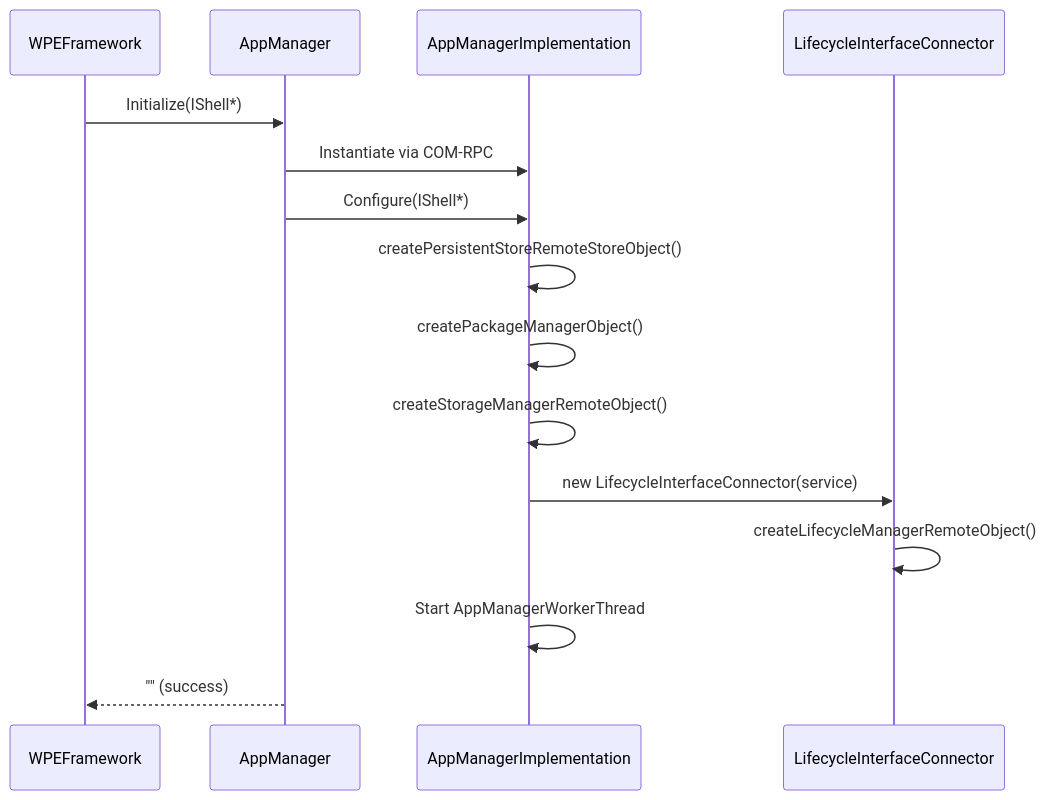
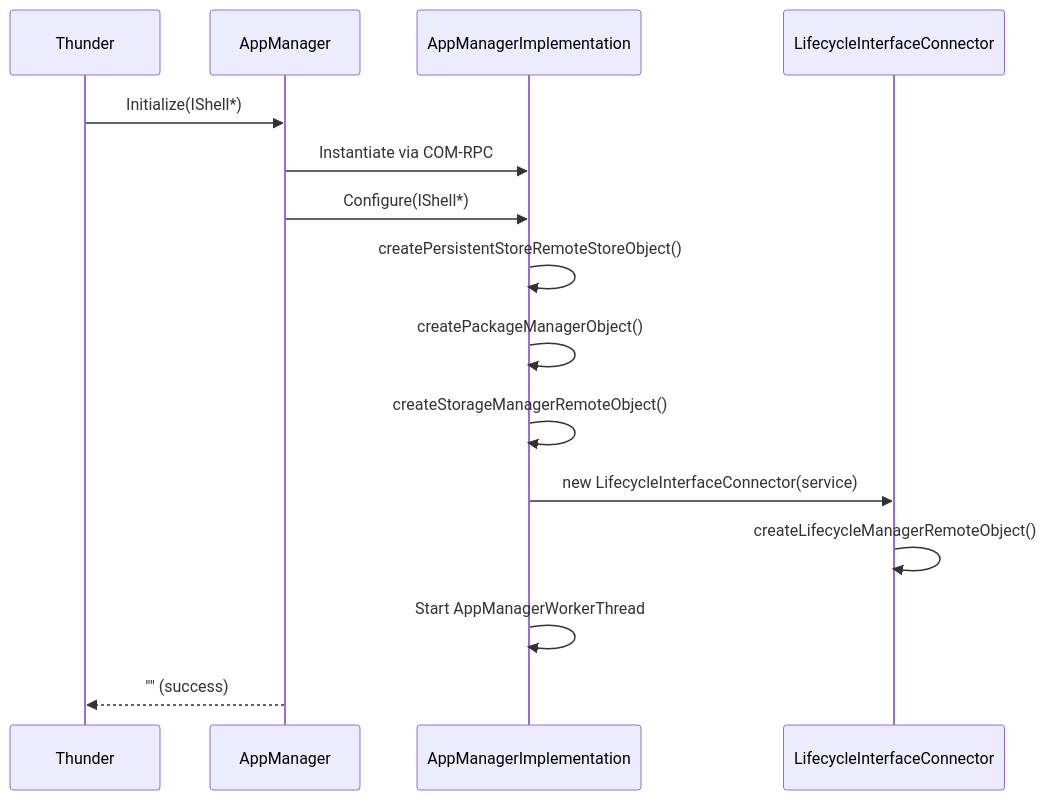
Before and after one commit to rdkcentral/entservices-appmanagers: the third of 8 diagrams in AppManager/AppManager.md, drawn with Mermaid. The commit also changed other lines of this file and 255 other files, not shown here.

````diff
--- a/AppManager/AppManager.md
+++ b/AppManager/AppManager.md
@@ -375,18 +375,18 @@
 ```mermaid
 sequenceDiagram
-    participant Thunder as WPEFramework
+    participant Thunder as Thunder
     participant Shell as AppManager
     participant Impl as AppManagerImplementation
     participant LIC as LifecycleInterfaceConnector
 
     Thunder->>Shell: Initialize(IShell*)
     Shell->>Impl: Instantiate via COM-RPC
     Shell->>Impl: Configure(IShell*)
     Impl->>Impl: createPersistentStoreRemoteStoreObject()
     Impl->>Impl: createPackageManagerObject()
     Impl->>Impl: createStorageManagerRemoteObject()
     Impl->>LIC: new LifecycleInterfaceConnector(service)
     LIC->>LIC: createLifecycleManagerRemoteObject()
     Impl->>Impl: Start AppManagerWorkerThread
     Shell-->>Thunder: "" (success)
 ```
````
